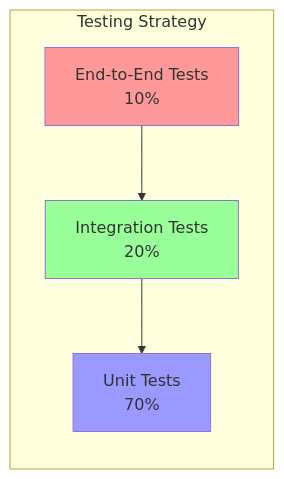
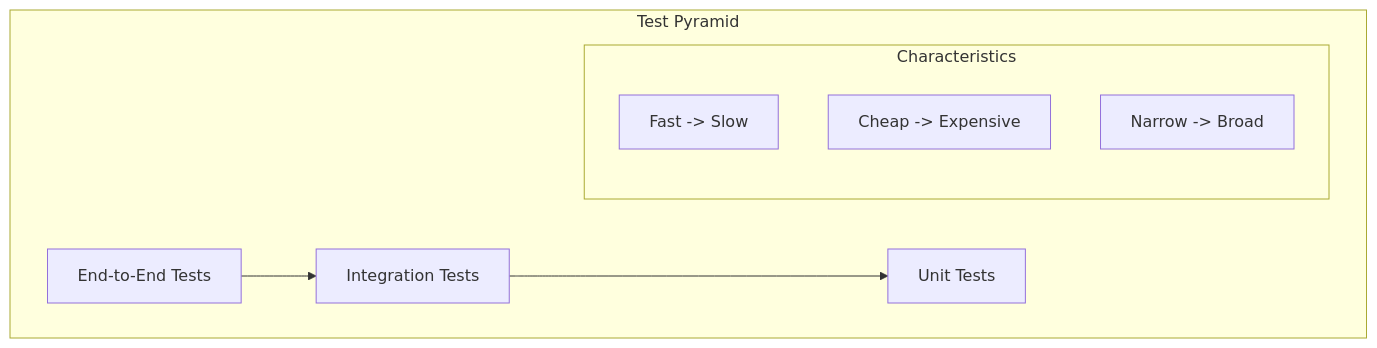
The first of 5 diagrams in src/Testing_Best_Practices.md (saravanakumarrc/Architecture_Journey), drawn with Mermaid before and after one commit. The commit also changed other lines of this file and 4 other files, not shown here.

First line of the commit message:
Refactor Serverless Architecture Patterns and Testing Best Practices documentation

````diff
--- a/src/Testing_Best_Practices.md
+++ b/src/Testing_Best_Practices.md
@@ -27,17 +5,13 @@
 ```mermaid
-graph TD
-    subgraph "Testing Strategy"
-        direction TB
+graph TB
+    subgraph "Test Pyramid"
+        E2E[End-to-End Tests] --> Integration[Integration Tests]
+        Integration --> Unit[Unit Tests]
         
-        E2E[End-to-End Tests<br/>10%]
-        INT[Integration Tests<br/>20%]
-        UNIT[Unit Tests<br/>70%]
-        
-        style E2E fill:#ff9999
-        style INT fill:#99ff99
-        style UNIT fill:#9999ff
-        
-        E2E --> INT
-        INT --> UNIT
+        subgraph "Characteristics"
+            Speed[Fast -> Slow]
+            Cost[Cheap -> Expensive]
+            Scope[Narrow -> Broad]
+        end
     end
 ```
````
